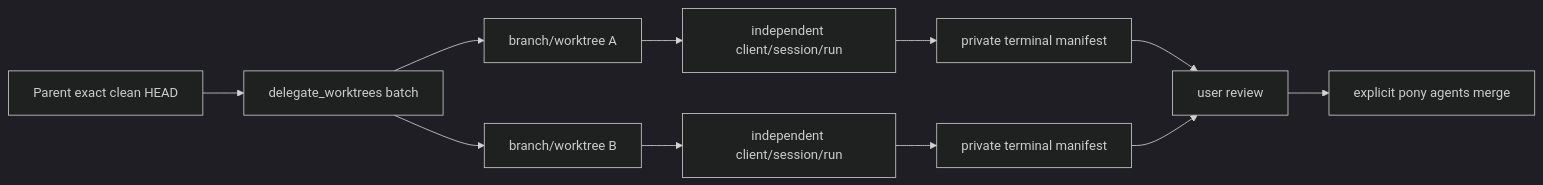
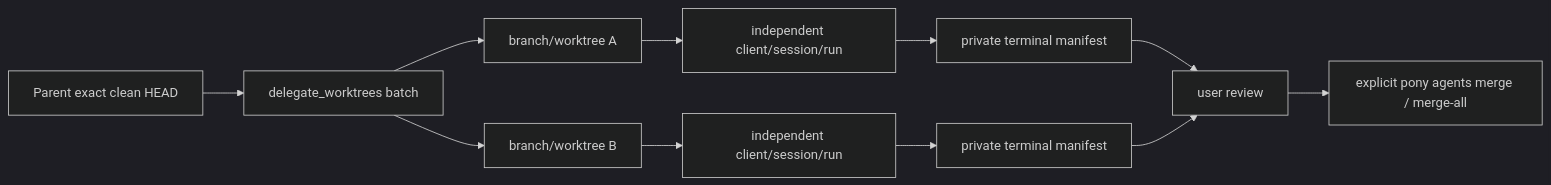
One commit to xiawiie/pony-code changed the second of 6 diagrams in docs/architecture.md. Above: the diagram before and after it, drawn with Mermaid (dark theme). The commit also changed other lines of this file and 12 other files, not shown here.

````diff
--- a/docs/architecture.md
+++ b/docs/architecture.md
@@ -57,13 +57,13 @@
 ```mermaid
 flowchart LR
     P["Parent exact clean HEAD"] --> B["delegate_worktrees batch"]
     B --> W1["branch/worktree A"]
     B --> W2["branch/worktree B"]
     W1 --> C1["independent client/session/run"]
     W2 --> C2["independent client/session/run"]
     C1 --> M1["private terminal manifest"]
     C2 --> M2["private terminal manifest"]
     M1 --> R["user review"]
     M2 --> R
-    R --> X["explicit pony agents merge"]
+    R --> X["explicit pony agents merge / merge-all"]
 ```
````
